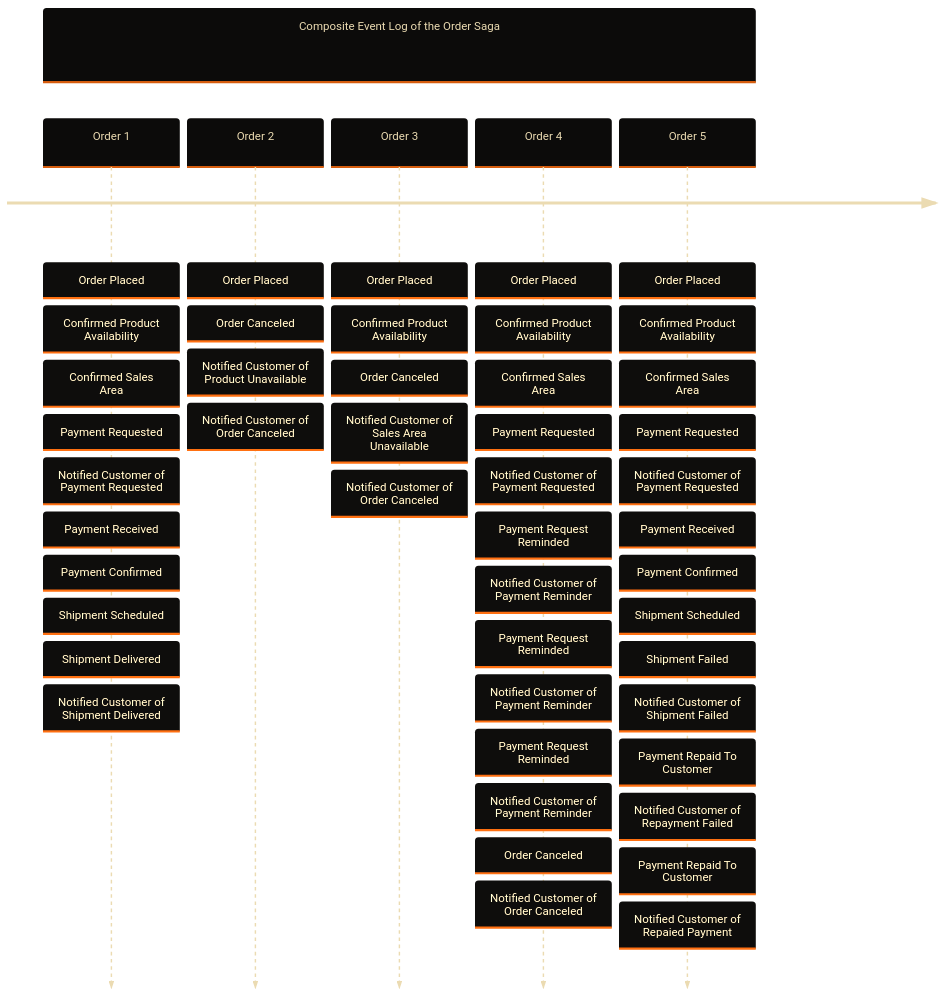
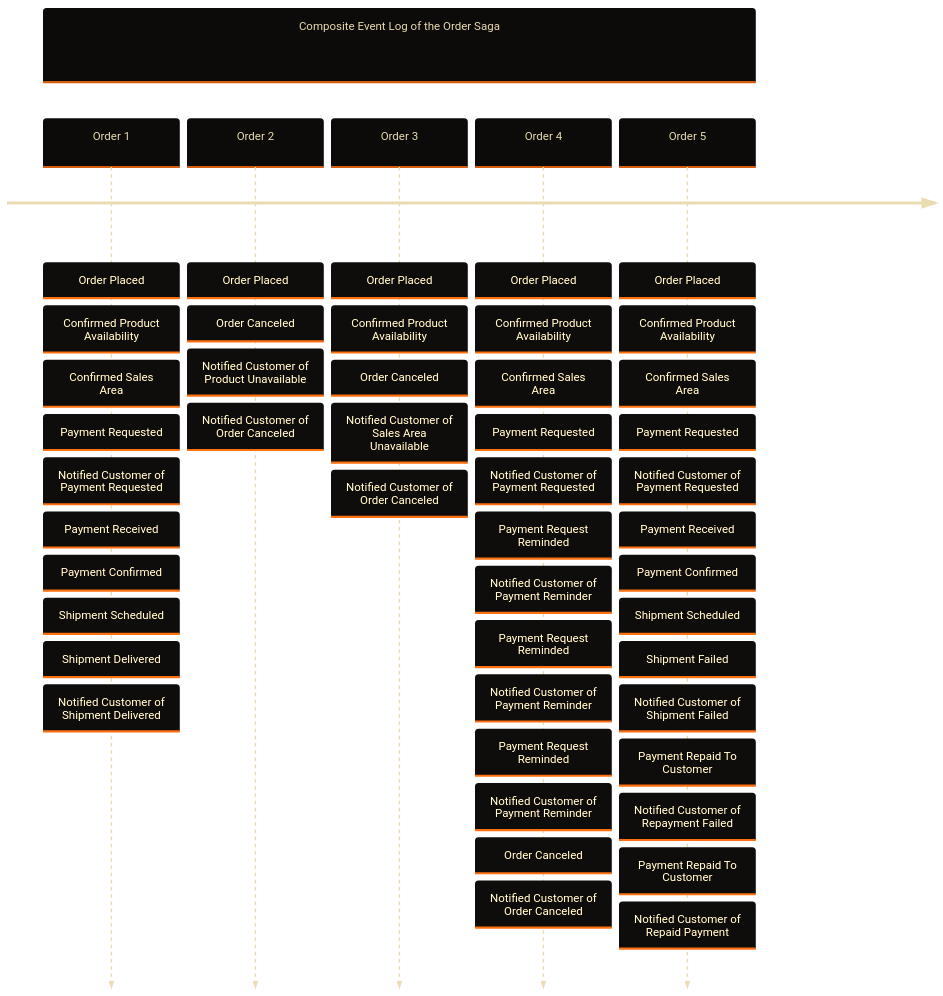
Before and after one commit to superhero/handbook: the tenth of 10 diagrams in 2.core-architecture-principles.md, drawn with Mermaid. The commit also changed other lines of this file and 1 other file, not shown here.

````diff
--- a/2.core-architecture-principles.md
+++ b/2.core-architecture-principles.md
@@ -883,22 +883,22 @@
 ```mermaid
 ---
 
 config:
     layout: elk
     theme: base
     themeVariables:
         fontFamily: "monospace"
         primaryColor: "#504945"
         primaryTextColor: "#EBDBB2"
         cScaleInv0: '#D65D0E'
 
 ---
 
 timeline
     section Composite Event Log of the Order Saga
         Order 1 : Order Placed : Confirmed Product Availability : Confirmed Sales Area : Payment Requested : Notified Customer of Payment Requested : Payment Received : Payment Confirmed : Shipment Scheduled : Shipment Delivered : Notified Customer of Shipment Delivered
         Order 2 : Order Placed : Order Canceled : Notified Customer of Product Unavailable : Notified Customer of Order Canceled
         Order 3 : Order Placed : Confirmed Product Availability : Order Canceled : Notified Customer of Sales Area Unavailable : Notified Customer of Order Canceled
         Order 4 : Order Placed : Confirmed Product Availability : Confirmed Sales Area : Payment Requested : Notified Customer of Payment Requested : Payment Request Reminded : Notified Customer of Payment Reminder : Payment Request Reminded : Notified Customer of Payment Reminder : Payment Request Reminded : Notified Customer of Payment Reminder : Order Canceled : Notified Customer of Order Canceled
-        Order 5 : Order Placed : Confirmed Product Availability : Confirmed Sales Area : Payment Requested : Notified Customer of Payment Requested : Payment Received : Payment Confirmed : Shipment Scheduled : Shipment Failed : Notified Customer of Shipment Failed : Payment Repaid To Customer : Notified Customer of Repayment Failed : Payment Repaid To Customer : Notified Customer of Repaied Payment
+        Order 5 : Order Placed : Confirmed Product Availability : Confirmed Sales Area : Payment Requested : Notified Customer of Payment Requested : Payment Received : Payment Confirmed : Shipment Scheduled : Shipment Failed : Notified Customer of Shipment Failed : Payment Repaid To Customer : Notified Customer of Repayment Failed : Payment Repaid To Customer : Notified Customer of Repaid Payment
 ```
````
